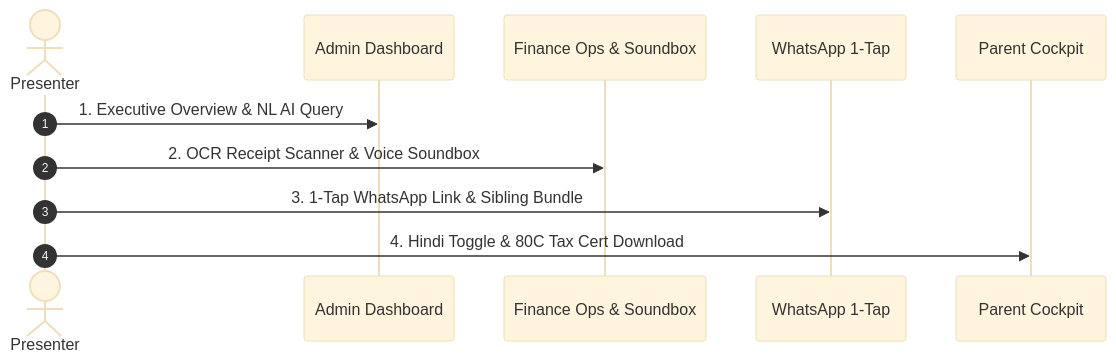
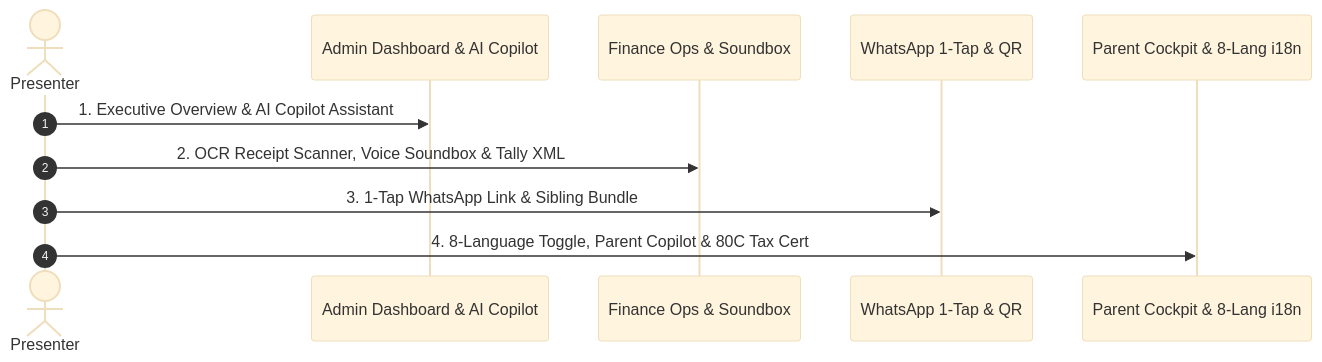
The diagram in docs/demo_presentation_guide.md (shaahir27/Finora), drawn with Mermaid (base theme) before and after one commit. The commit also changed other lines of this file and 14 other files, not shown here.

````diff
--- a/docs/demo_presentation_guide.md
+++ b/docs/demo_presentation_guide.md
@@ -22,14 +22,14 @@
 ```mermaid
 sequenceDiagram
     autonumber
     actor Presenter
-    participant Admin as Admin Dashboard
+    participant Admin as Admin Dashboard & AI Copilot
     participant Ledger as Finance Ops & Soundbox
-    participant WhatsApp as WhatsApp 1-Tap
-    participant Parent as Parent Cockpit
+    participant WhatsApp as WhatsApp 1-Tap & QR
+    participant Parent as Parent Cockpit & 8-Lang i18n
     
-    Presenter->>Admin: 1. Executive Overview & NL AI Query
-    Presenter->>Ledger: 2. OCR Receipt Scanner & Voice Soundbox
+    Presenter->>Admin: 1. Executive Overview & AI Copilot Assistant
+    Presenter->>Ledger: 2. OCR Receipt Scanner, Voice Soundbox & Tally XML
     Presenter->>WhatsApp: 3. 1-Tap WhatsApp Link & Sibling Bundle
-    Presenter->>Parent: 4. Hindi Toggle & 80C Tax Cert Download
+    Presenter->>Parent: 4. 8-Language Toggle, Parent Copilot & 80C Tax Cert
 ```
````
